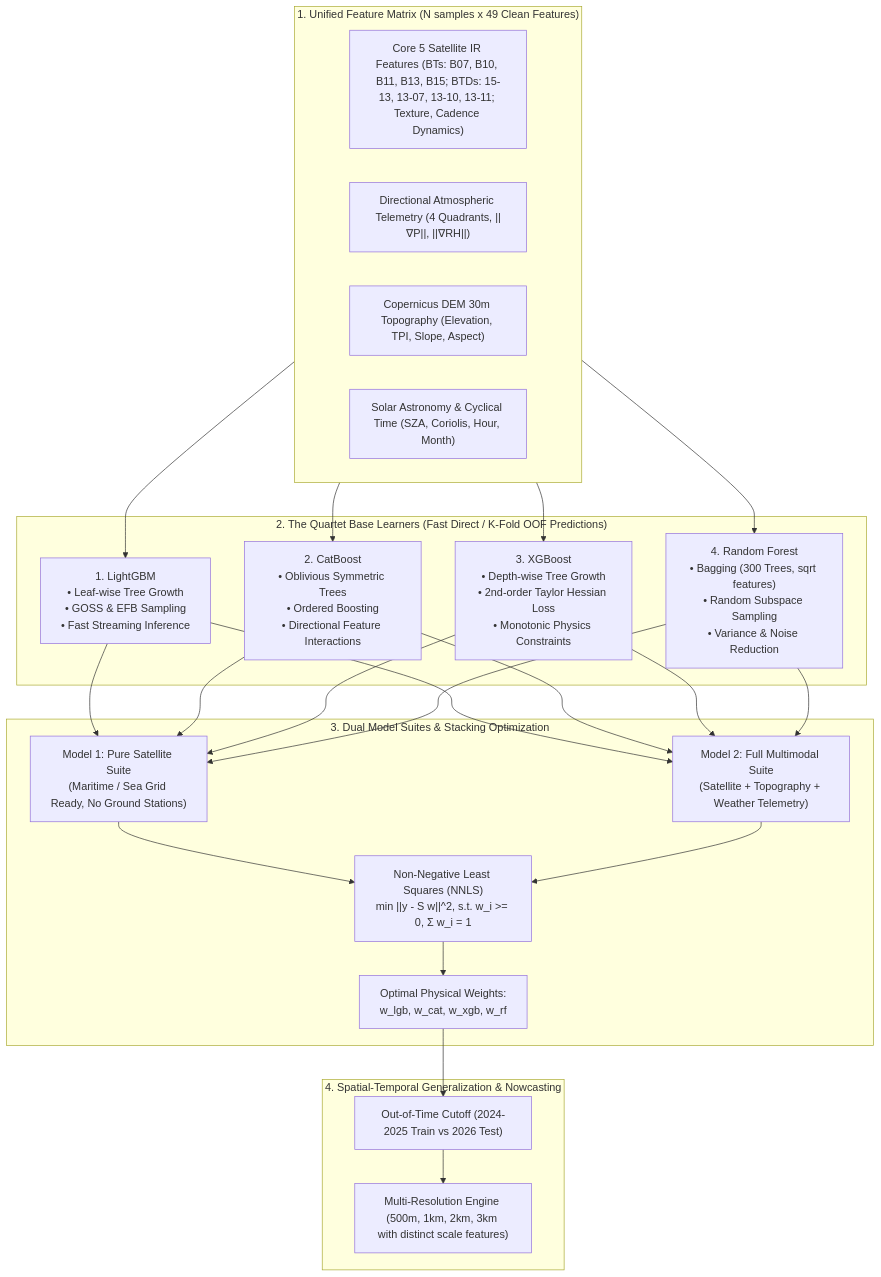
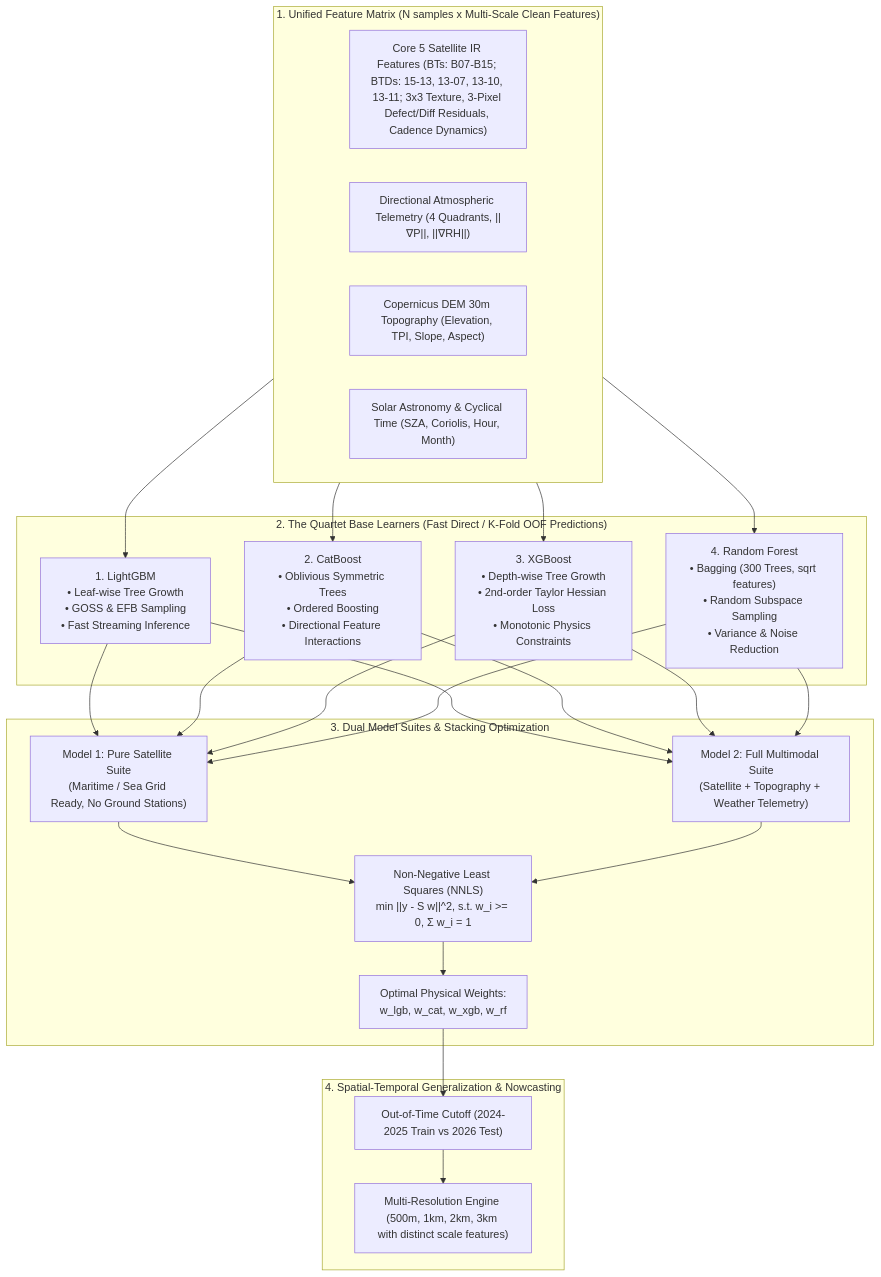
Before and after one commit to korarit/dust-from-satellite-image-thailand: the first of 2 diagrams in technical-model.md, drawn with Mermaid. The commit also changed other lines of this file and 7 other files, not shown here.

First line of the commit message:
feat(model,features): add 3-pixel spatial defect features, fix weather timezone merge, and unlock non-linear learning

````diff
--- a/technical-model.md
+++ b/technical-model.md
@@ -15,33 +15,33 @@
 ```mermaid
 flowchart TD
-    subgraph InputMatrix ["1. Unified Feature Matrix (N samples x 49 Clean Features)"]
-        F1["Core 5 Satellite IR Features (BTs: B07, B10, B11, B13, B15; BTDs: 15-13, 13-07, 13-10, 13-11; Texture, Cadence Dynamics)"]
+    subgraph InputMatrix ["1. Unified Feature Matrix (N samples x Multi-Scale Clean Features)"]
+        F1["Core 5 Satellite IR Features (BTs: B07-B15; BTDs: 15-13, 13-07, 13-10, 13-11; 3x3 Texture, 3-Pixel Defect/Diff Residuals, Cadence Dynamics)"]
         F2["Directional Atmospheric Telemetry (4 Quadrants, ||∇P||, ||∇RH||)"]
         F3["Copernicus DEM 30m Topography (Elevation, TPI, Slope, Aspect)"]
         F4["Solar Astronomy & Cyclical Time (SZA, Coriolis, Hour, Month)"]
     end
 
     subgraph QuartetSuite ["2. The Quartet Base Learners (Fast Direct / K-Fold OOF Predictions)"]
         LGB["1. LightGBM<br>• Leaf-wise Tree Growth<br>• GOSS & EFB Sampling<br>• Fast Streaming Inference"]
         CAT["2. CatBoost<br>• Oblivious Symmetric Trees<br>• Ordered Boosting<br>• Directional Feature Interactions"]
         XGB["3. XGBoost<br>• Depth-wise Tree Growth<br>• 2nd-order Taylor Hessian Loss<br>• Monotonic Physics Constraints"]
         RF["4. Random Forest<br>• Bagging (300 Trees, sqrt features)<br>• Random Subspace Sampling<br>• Variance & Noise Reduction"]
     end
 
     subgraph DualArchitectures ["3. Dual Model Suites & Stacking Optimization"]
         M1["Model 1: Pure Satellite Suite<br>(Maritime / Sea Grid Ready, No Ground Stations)"]
         M2["Model 2: Full Multimodal Suite<br>(Satellite + Topography + Weather Telemetry)"]
         NNLS["Non-Negative Least Squares (NNLS)<br>min ||y - S w||^2, s.t. w_i >= 0, Σ w_i = 1"]
         Weights["Optimal Physical Weights:<br>w_lgb, w_cat, w_xgb, w_rf"]
     end
 
     subgraph Evaluation ["4. Spatial-Temporal Generalization & Nowcasting"]
         OOT["Out-of-Time Cutoff (2024-2025 Train vs 2026 Test)"]
         Nowcast["Multi-Resolution Engine (500m, 1km, 2km, 3km with distinct scale features)"]
     end
 
     InputMatrix --> LGB & CAT & XGB & RF
     LGB & CAT & XGB & RF --> M1 & M2
     M1 & M2 --> NNLS --> Weights
     Weights --> OOT --> Nowcast
 ```
````
